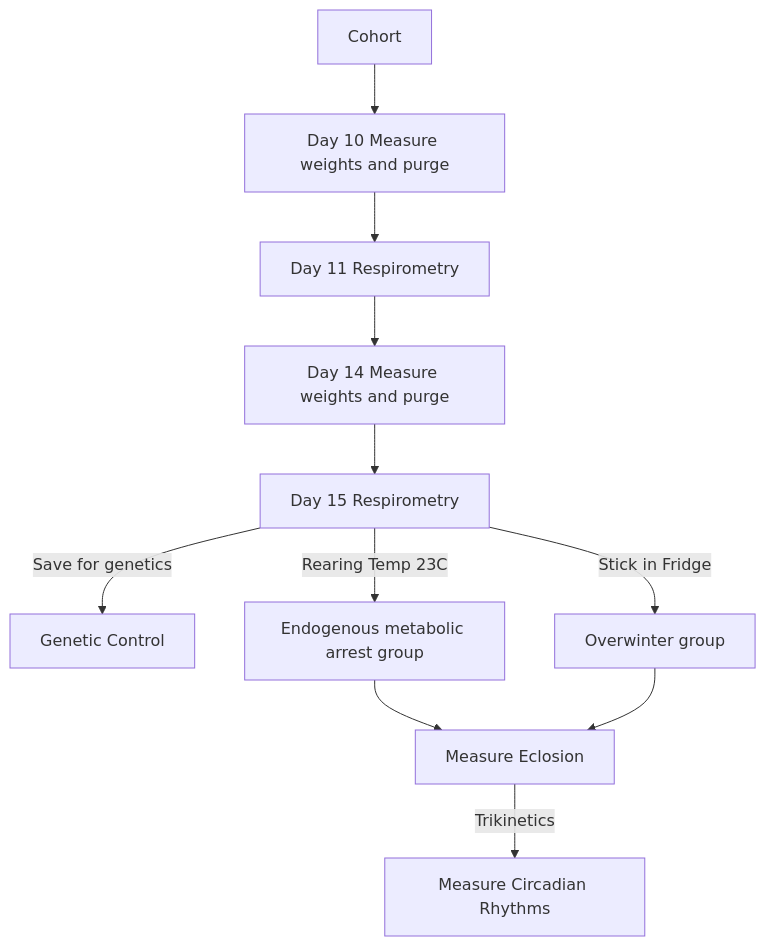
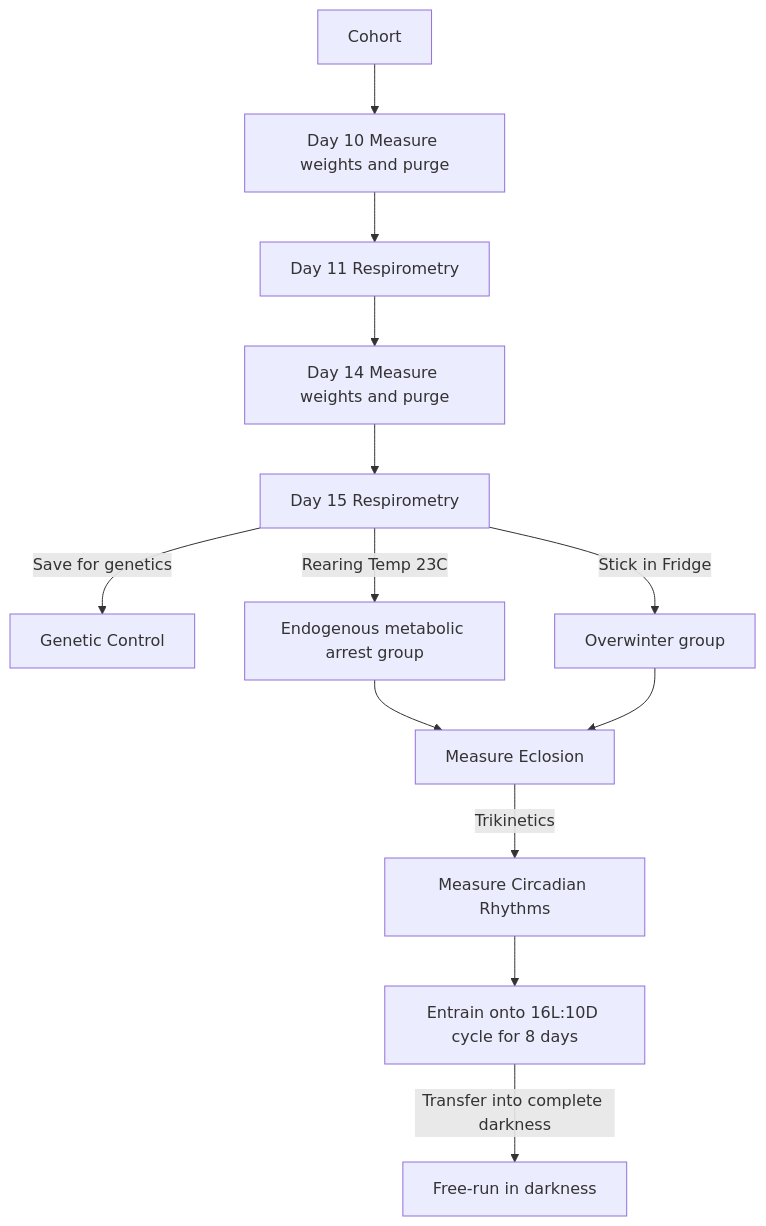
One commit to adnguyen/Circadian_rhythm_runs_seasonal_timing changed the diagram in Documents/Detailed Experimental workflow.md. Above: the diagram before and after it, drawn with Mermaid. The commit also changed other lines of this file and 4 other files, not shown here.

````diff
--- a/Documents/Detailed Experimental workflow.md
+++ b/Documents/Detailed Experimental workflow.md
@@ -5,16 +1,17 @@
 ```mermaid
 graph TD
 A[Cohort]--> B[Day 10 Measure weights and purge]
 B--> C[Day 11 Respirometry]
 C-->D[Day 14 Measure weights and purge]
 D--> E[Day 15 Respirometry]
 E--Save for genetics-->G[Genetic Control]
 E--Rearing Temp 23C--> H[Endogenous metabolic arrest group]
 E--Stick in Fridge-->I[Overwinter group]
 H--> V[Measure Eclosion]
 I--> V
 V--Trikinetics--> P[Measure Circadian Rhythms]
-
+P-->W[Entrain onto 16L:10D cycle for 8 days]
+W--Transfer into complete darkness-->Z[Free-run in darkness]
 
 
 ```
````
